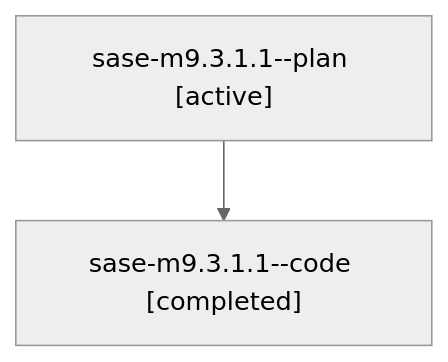
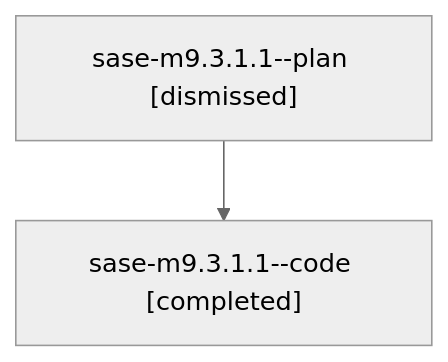
One commit to sase-org/sase--agents changed the diagram in sessions/bbugyi200.athena.sase-m9.3.1.1.md. Above: the diagram before and after it, drawn with Mermaid (neutral theme). The commit also changed other lines of this file and 218 other files, not shown here.

````diff
--- a/sessions/bbugyi200.athena.sase-m9.3.1.1.md
+++ b/sessions/bbugyi200.athena.sase-m9.3.1.1.md
@@ -9,6 +9,6 @@
 ```mermaid
 flowchart TD
-  n0["sase-m9.3.1.1--plan [active]"]
+  n0["sase-m9.3.1.1--plan [dismissed]"]
   n1["sase-m9.3.1.1--code [completed]"]
   n0 --> n1
 ```
````
